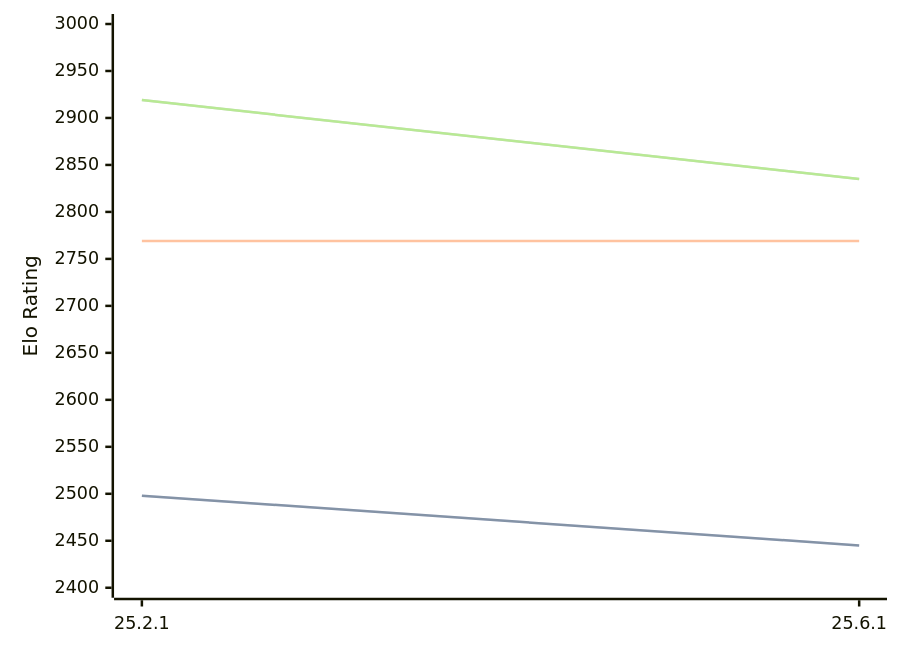
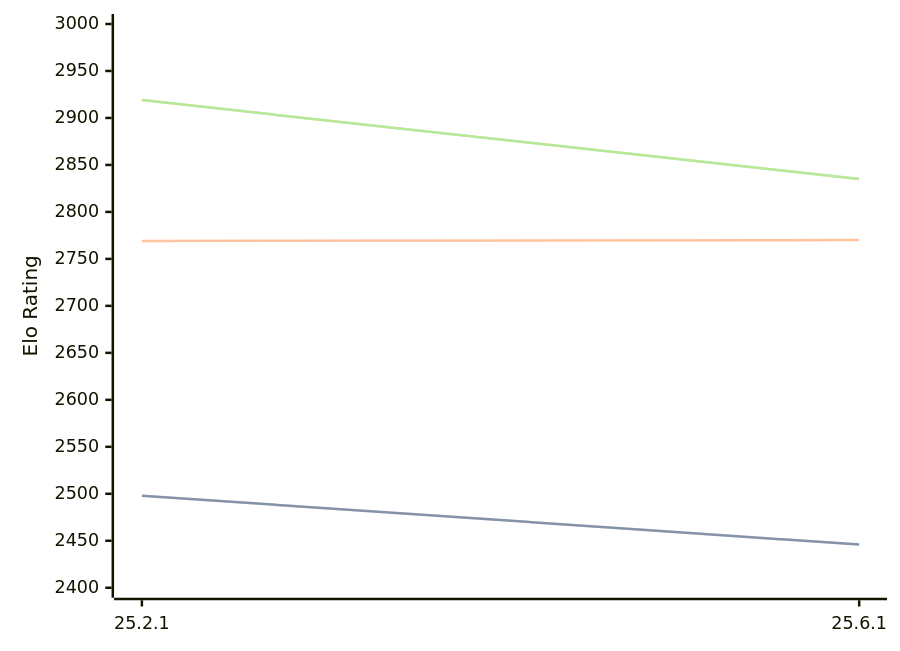
Before and after one commit to computer-chess-index/cci: the first of 3 diagrams in engines/Crafty.md, drawn with Mermaid. The commit also changed other lines of this file, not shown here.

````diff
--- a/engines/Crafty.md
+++ b/engines/Crafty.md
@@ -32,11 +32,11 @@
 ```mermaid
 %%{init: {"theme":"base","themeVariables":{"seriesColors:['#a3a3a3','#222221','#faa371']}}}%%
 xychart-beta
   x-axis ["25.2.1", "25.6.1"]
   y-axis "Elo Rating" 2400 --> 3000
-  line "STC (8.0+0.08s)" [2498, 2445]
-  line "STC (8.0+0.08s)" [2498, 2445]
-  line "LTC (60.0+0.60s)" [2769, 2769]
+  line "STC (8.0+0.08s)" [2498, 2446]
+  line "STC (8.0+0.08s)" [2498, 2446]
+  line "LTC (60.0+0.60s)" [2769, 2770]
   line "VLTC (2m24s+1.12s)" [2919, 2835]
   line "VLTC (2m24s+1.12s)" [2919, 2835]
 ```
````
